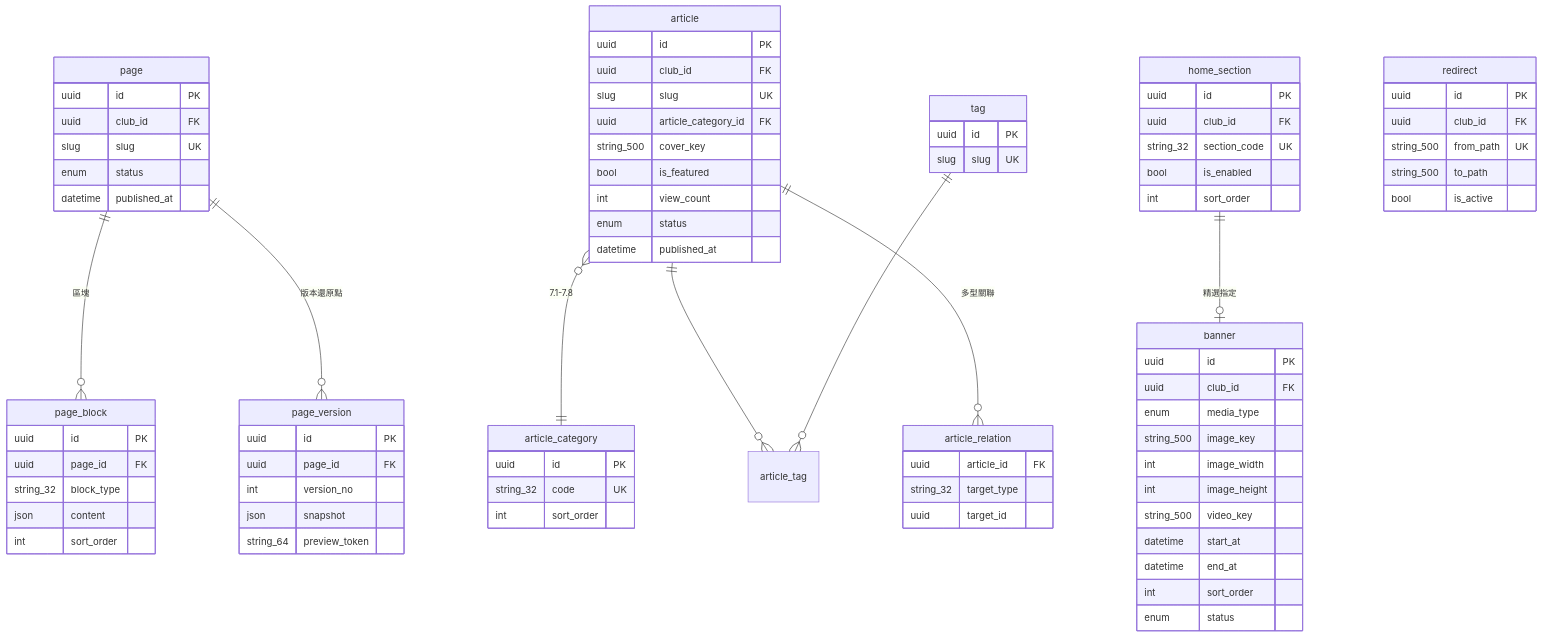
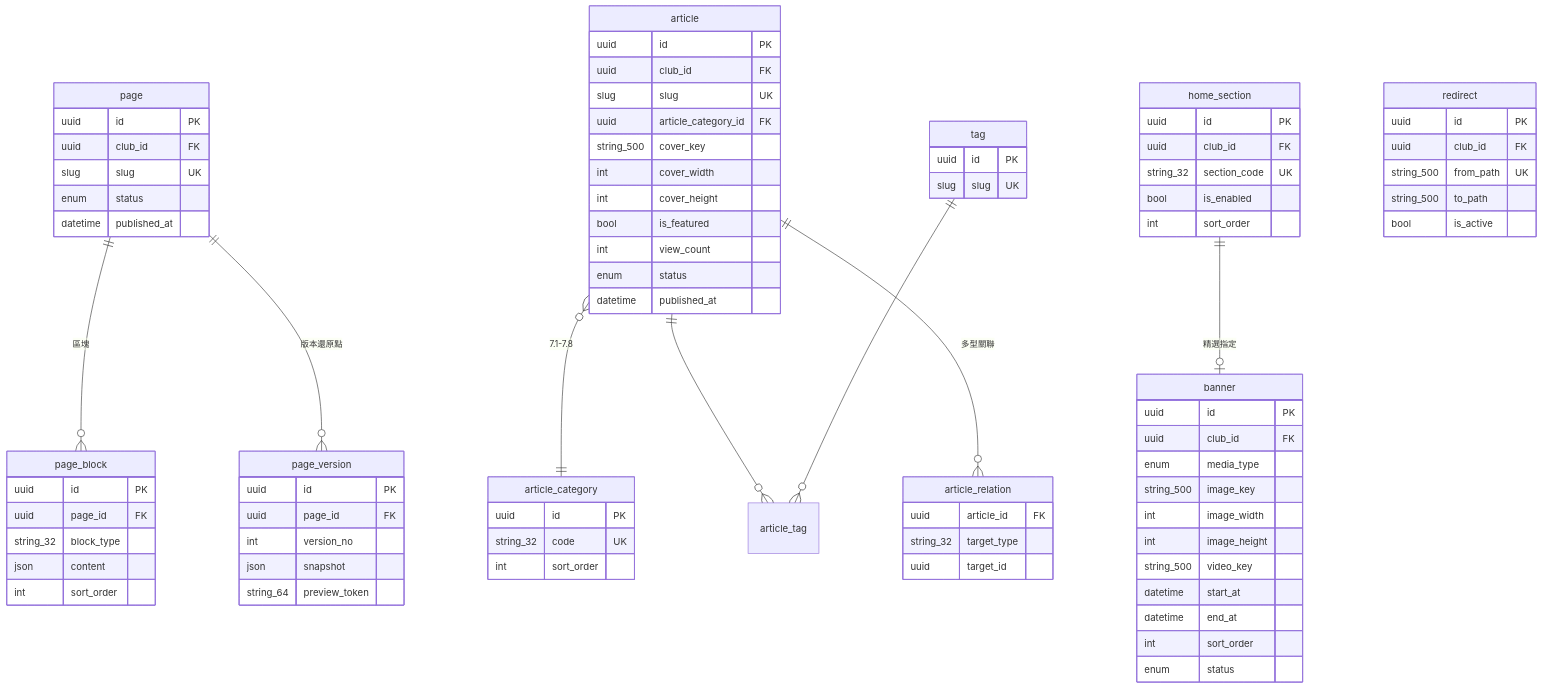
One commit to waiting0201/tcrfc changed the first of 17 diagrams in docs/12a-database-erd.md. Above: the diagram before and after it, drawn with Mermaid. The commit also changed 42 other files, not shown here.

```diff
--- a/docs/12a-database-erd.md
+++ b/docs/12a-database-erd.md
@@ -72,6 +72,8 @@
     slug slug UK
     uuid article_category_id FK
     string_500 cover_key
+    int cover_width
+    int cover_height
     bool is_featured
     int view_count
     enum status
```
